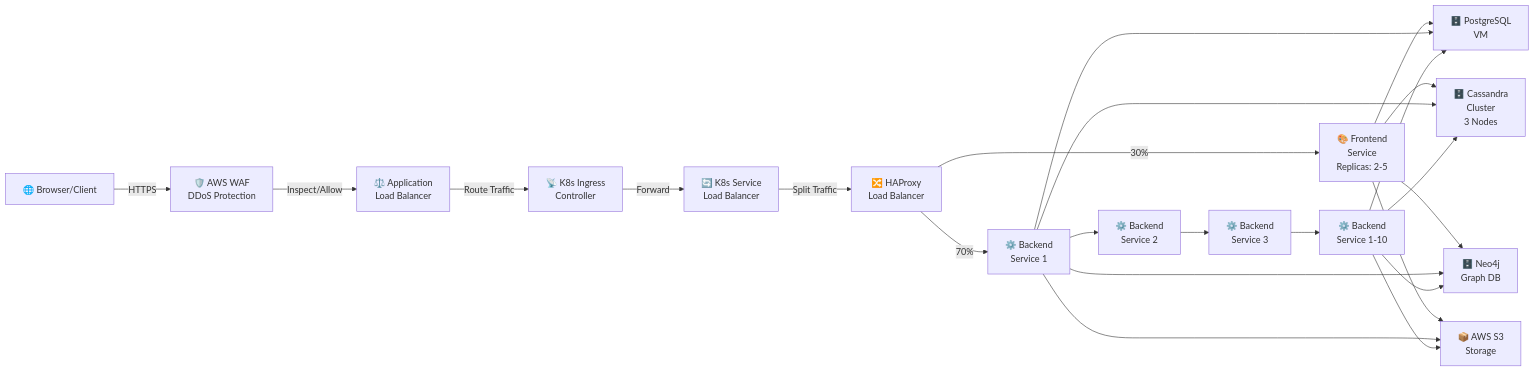
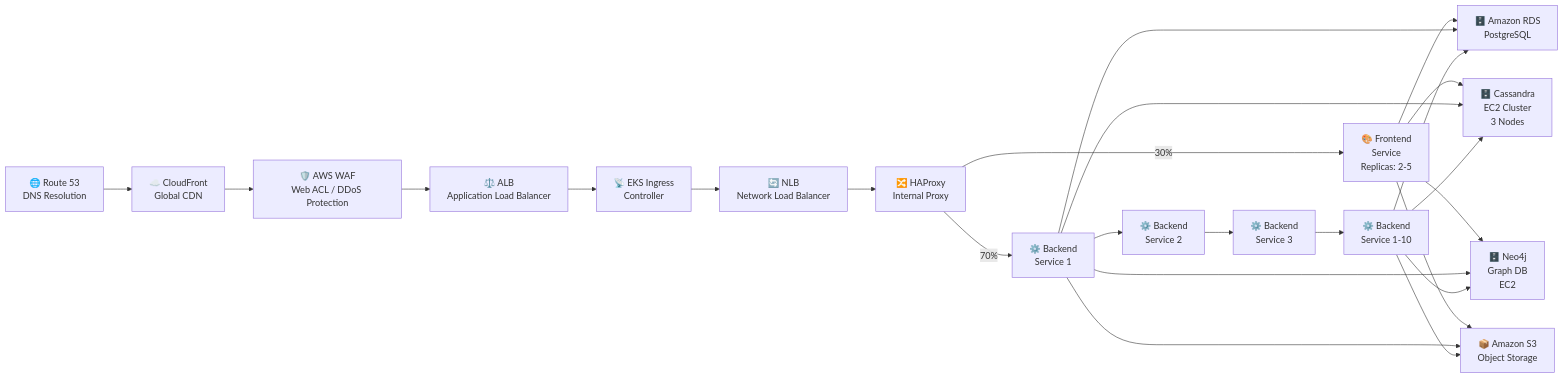
The first of 5 diagrams in ARCHITECTURE_DIAGRAMS.md (Haritest/ai-python), drawn with Mermaid before and after one commit. The commit also changed other lines of this file, not shown here.

Commit message:
Architecture diagram updated

````diff
--- a/ARCHITECTURE_DIAGRAMS.md
+++ b/ARCHITECTURE_DIAGRAMS.md
@@ -23,47 +24,48 @@
 ```mermaid
 graph LR
-    User["🌐 Browser/Client"]
-    WAF["🛡️ AWS WAF<br/>DDoS Protection"]
-    ALB["⚖️ Application<br/>Load Balancer"]
-    Ingress["📡 K8s Ingress<br/>Controller"]
-    LB["🔄 K8s Service<br/>Load Balancer"]
-    HAProxy["🔀 HAProxy<br/>Load Balancer"]
-    
+    DNS["🌐 Route 53<br/>DNS Resolution"]
+    CDN["☁️ CloudFront<br/>Global CDN"]
+    WAF["🛡️ AWS WAF<br/>Web ACL / DDoS Protection"]
+    ALB["⚖️ ALB<br/>Application Load Balancer"]
+    Ingress["📡 EKS Ingress<br/>Controller"]
+    NLB["🔄 NLB<br/>Network Load Balancer"]
+    Proxy["🔀 HAProxy<br/>Internal Proxy"]
+
     FE["🎨 Frontend<br/>Service<br/>Replicas: 2-5"]
     BE1["⚙️ Backend<br/>Service 1"]
     BE2["⚙️ Backend<br/>Service 2"]
     BE3["⚙️ Backend<br/>Service 3"]
     BEn["⚙️ Backend<br/>Service 1-10"]
-    
-    PG["🗄️ PostgreSQL<br/>VM"]
-    CS["🗄️ Cassandra<br/>Cluster<br/>3 Nodes"]
-    NEO["🗄️ Neo4j<br/>Graph DB"]
-    
-    S3["📦 AWS S3<br/>Storage"]
-    
-    User -->|HTTPS| WAF
-    WAF -->|Inspect/Allow| ALB
-    ALB -->|Route Traffic| Ingress
-    Ingress -->|Forward| LB
-    LB -->|Split Traffic| HAProxy
-    HAProxy -->|30%| FE
-    HAProxy -->|70%| BE1
+
+    RDS["🗄️ Amazon RDS<br/>PostgreSQL"]
+    Cassandra["🗄️ Cassandra<br/>EC2 Cluster<br/>3 Nodes"]
+    Neo4j["🗄️ Neo4j<br/>Graph DB<br/>EC2"]
+    S3["📦 Amazon S3<br/>Object Storage"]
+
+    DNS --> CDN
+    CDN --> WAF
+    WAF --> ALB
+    ALB --> Ingress
+    Ingress --> NLB
+    NLB --> Proxy
+    Proxy -->|30%| FE
+    Proxy -->|70%| BE1
     BE1 --> BE2
     BE2 --> BE3
     BE3 --> BEn
-    
-    FE --> PG
-    FE --> CS
-    FE --> NEO
+
+    FE --> RDS
+    FE --> Cassandra
+    FE --> Neo4j
     FE --> S3
-    
-    BE1 --> PG
-    BE1 --> CS
-    BE1 --> NEO
+
+    BE1 --> RDS
+    BE1 --> Cassandra
+    BE1 --> Neo4j
     BE1 --> S3
-    
-    BEn --> PG
-    BEn --> CS
-    BEn --> NEO
+
+    BEn --> RDS
+    BEn --> Cassandra
+    BEn --> Neo4j
     BEn --> S3
 ```
````
